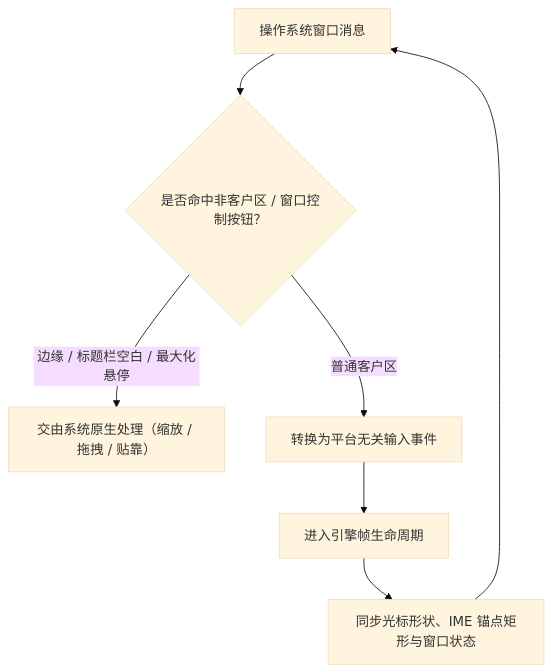
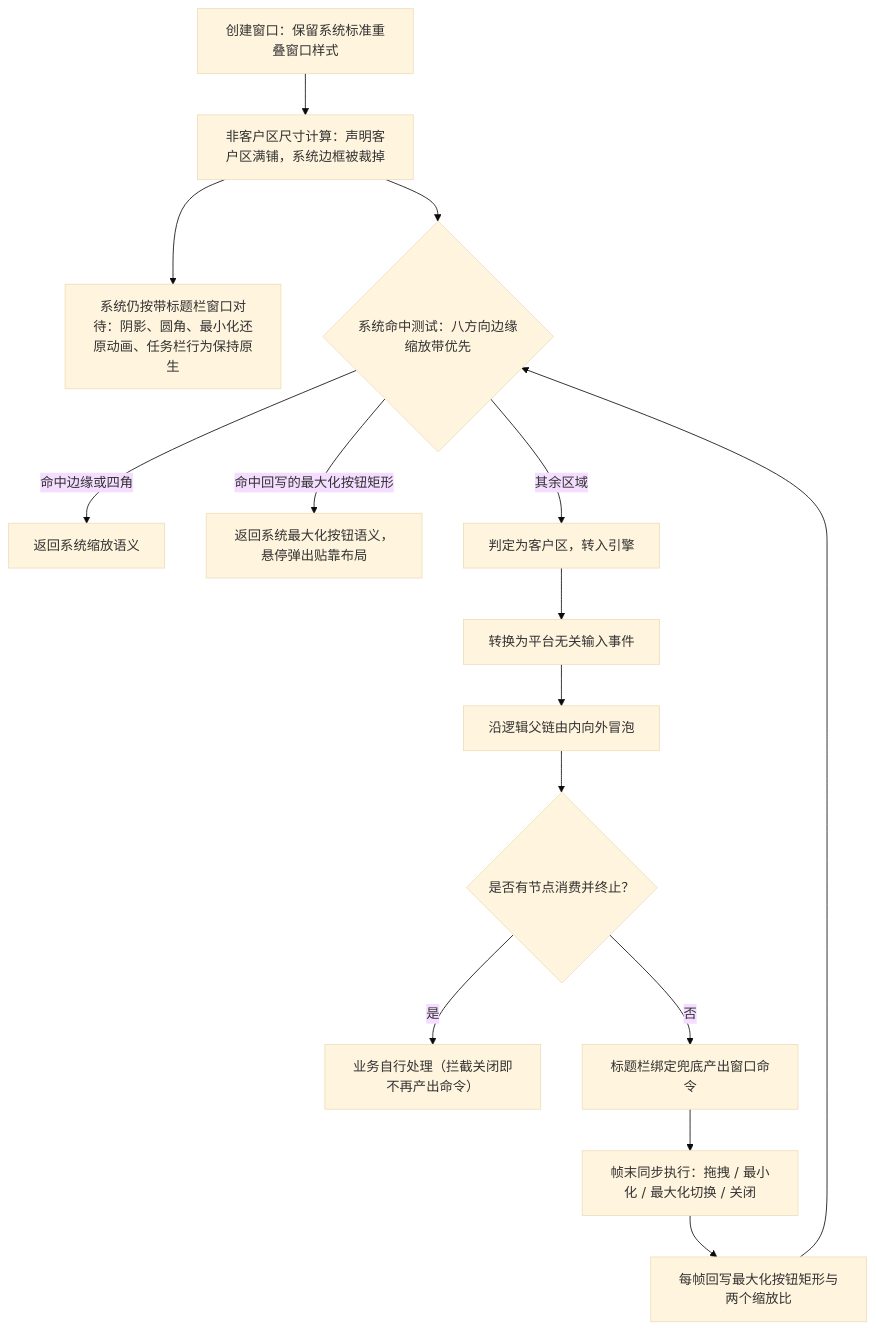
One commit to pengjiaxusz/unbound-ui changed the diagram in docs/architecture/03-扩展系统（subsystems）/平台与窗口集成（platform-integration）.md. Above: the diagram before and after it, drawn with Mermaid (base theme). The commit also changed other lines of this file and 19 other files, not shown here.

````diff
--- a/docs/architecture/03-扩展系统（subsystems）/平台与窗口集成（platform-integration）.md
+++ b/docs/architecture/03-扩展系统（subsystems）/平台与窗口集成（platform-integration）.md
@@ -13,9 +15,19 @@
 ```mermaid
 flowchart TB
-    OS["操作系统窗口消息"] --> Hit{"是否命中非客户区 / 窗口控制按钮？"}
-    Hit -- "边缘 / 标题栏空白 / 最大化悬停" --> Native["交由系统原生处理（缩放 / 拖拽 / 贴靠）"]
-    Hit -- "普通客户区" --> Bridge["转换为平台无关输入事件"]
-    Bridge --> Engine["进入引擎帧生命周期"]
-    Engine --> Feedback["同步光标形状、IME 锚点矩形与窗口状态"]
-    Feedback --> OS
+    Create["创建窗口：保留系统标准重叠窗口样式"] --> Clip["非客户区尺寸计算：声明客户区满铺，系统边框被裁掉"]
+    Clip --> Native["系统仍按带标题栏窗口对待：阴影、圆角、最小化还原动画、任务栏行为保持原生"]
+
+    Clip --> HitTest{"系统命中测试：八方向边缘缩放带优先"}
+    HitTest -- "命中边缘或四角" --> Scale["返回系统缩放语义"]
+    HitTest -- "命中回写的最大化按钮矩形" --> Snap["返回系统最大化按钮语义，悬停弹出贴靠布局"]
+    HitTest -- "其余区域" --> Client["判定为客户区，转入引擎"]
+
+    Client --> Input["转换为平台无关输入事件"]
+    Input --> Bubble["沿逻辑父链由内向外冒泡"]
+    Bubble --> Got{"是否有节点消费并终止？"}
+    Got -- "是" --> Business["业务自行处理（拦截关闭即不再产出命令）"]
+    Got -- "否" --> Fallback["标题栏绑定兜底产出窗口命令"]
+    Fallback --> Flush["帧末同步执行：拖拽 / 最小化 / 最大化切换 / 关闭"]
+    Flush --> Feedback["每帧回写最大化按钮矩形与两个缩放比"]
+    Feedback --> HitTest
 ```
````
